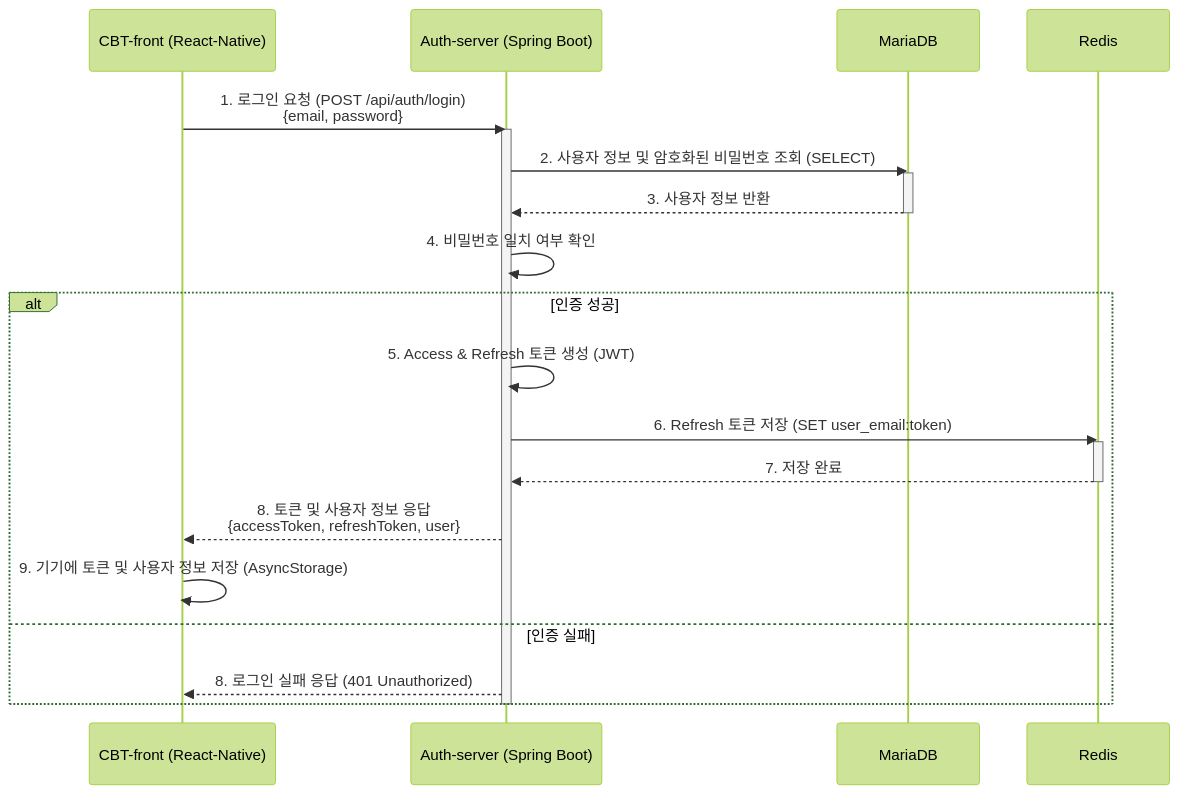
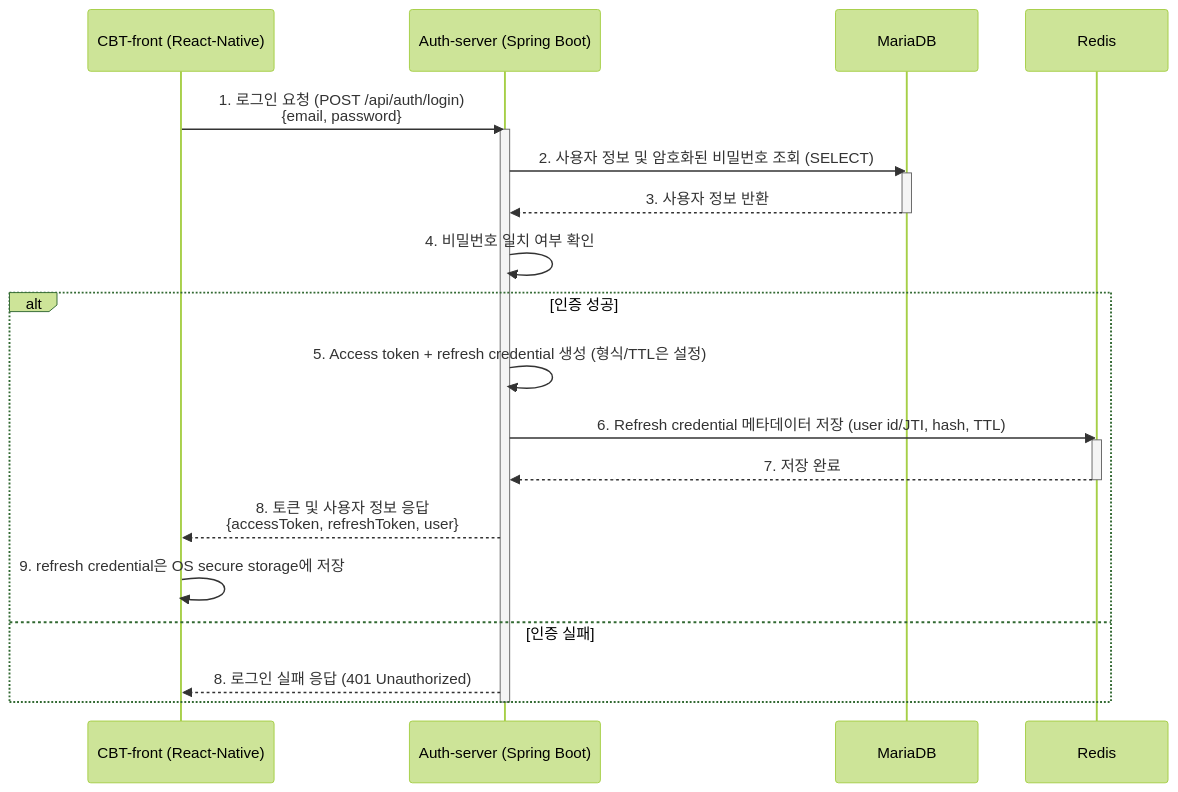
Before and after one commit to choisimo/document: the second of 9 diagrams in content/docs/projects/cbt-system.md, drawn with Mermaid (forest theme). The commit also changed other lines of this file and 504 other files, not shown here.

````diff
--- a/content/docs/projects/cbt-system.md
+++ b/content/docs/projects/cbt-system.md
@@ -45,35 +56,35 @@
 ```mermaid
 sequenceDiagram
     participant Client as CBT-front (React-Native)
     participant AuthServer as Auth-server (Spring Boot)
     participant Database as MariaDB
     participant Cache as Redis
 
     Client->>AuthServer: 1. 로그인 요청 (POST /api/auth/login) <br> {email, password}
     activate AuthServer
 
     AuthServer->>Database: 2. 사용자 정보 및 암호화된 비밀번호 조회 (SELECT)
     activate Database
     Database-->>AuthServer: 3. 사용자 정보 반환
     deactivate Database
 
     AuthServer->>AuthServer: 4. 비밀번호 일치 여부 확인
 
     alt 인증 성공
-        AuthServer->>AuthServer: 5. Access & Refresh 토큰 생성 (JWT)
+        AuthServer->>AuthServer: 5. Access token + refresh credential 생성 (형식/TTL은 설정)
 
-        AuthServer->>Cache: 6. Refresh 토큰 저장 (SET user_email:token)
+        AuthServer->>Cache: 6. Refresh credential 메타데이터 저장 (user id/JTI, hash, TTL)
         activate Cache
         Cache-->>AuthServer: 7. 저장 완료
         deactivate Cache
 
         AuthServer-->>Client: 8. 토큰 및 사용자 정보 응답 <br> {accessToken, refreshToken, user}
 
-        Client->>Client: 9. 기기에 토큰 및 사용자 정보 저장 (AsyncStorage)
+        Client->>Client: 9. refresh credential은 OS secure storage에 저장
 
     else 인증 실패
         AuthServer-->>Client: 8. 로그인 실패 응답 (401 Unauthorized)
     end
 
     deactivate AuthServer
 ```
````
